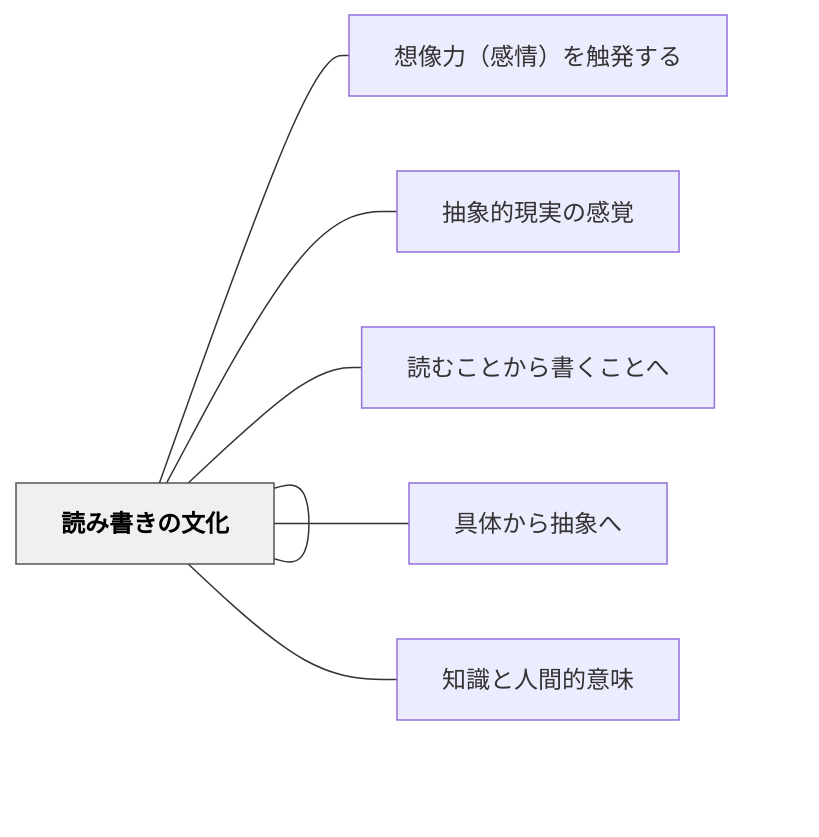
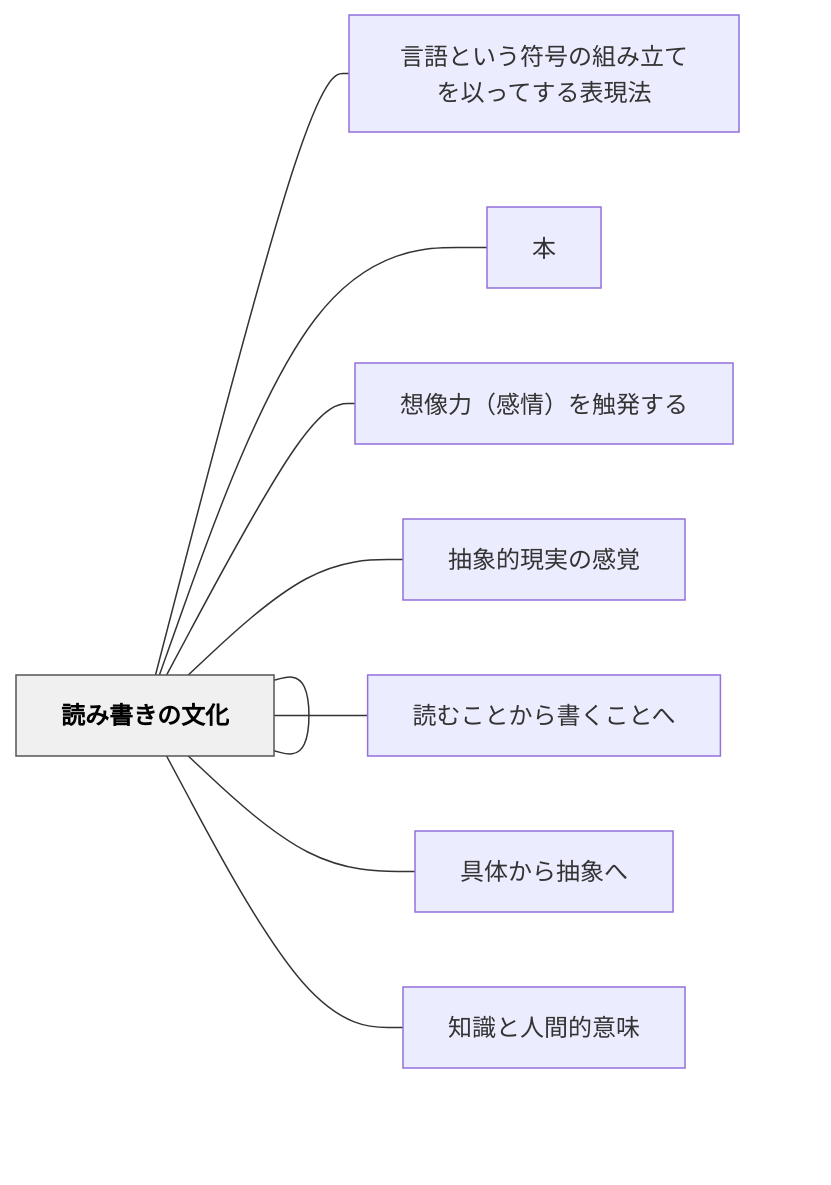
The diagram in content/パタン/読み書きから生まれる眼.md (unknownthings-ed-patterns/unknownthings-ed-patterns), drawn with Mermaid before and after one commit. The commit also changed other lines of this file and 473 other files, not shown here.

````diff
--- a/content/パタン/読み書きから生まれる眼.md
+++ b/content/パタン/読み書きから生まれる眼.md
@@ -49,20 +51,24 @@
 ```mermaid
 flowchart LR
     ne8aaade381bf["読み書きから生まれる眼"]
+    ne8a880e8aa9e["言語という符号の組み立てを以ってする表現法"]
+    ne69cac["本"]
     ne683b3e5838f["想像力（感情）を触発する"]
     ne68abde8b1a1["抽象的現実の感覚"]
     ne8aaade381bf["読み書きの文化"]
     ne8aaade38280["読むことから書くことへ"]
     ne585b7e4bd93["具体から抽象へ"]
     ne79fa5e8ad98["知識と人間的意味"]
 
+    ne8aaade381bf --- ne8a880e8aa9e
+    ne8aaade381bf --- ne69cac
     ne8aaade381bf --- ne683b3e5838f
     ne8aaade381bf --- ne68abde8b1a1
     ne8aaade381bf --- ne8aaade381bf
     ne8aaade381bf --- ne8aaade38280
     ne8aaade381bf --- ne585b7e4bd93
     ne8aaade381bf --- ne79fa5e8ad98
 
     classDef hub fill:#f0f0f0,stroke:#555,color:#000,font-weight:bold
     class ne8aaade381bf hub
 ```
````
